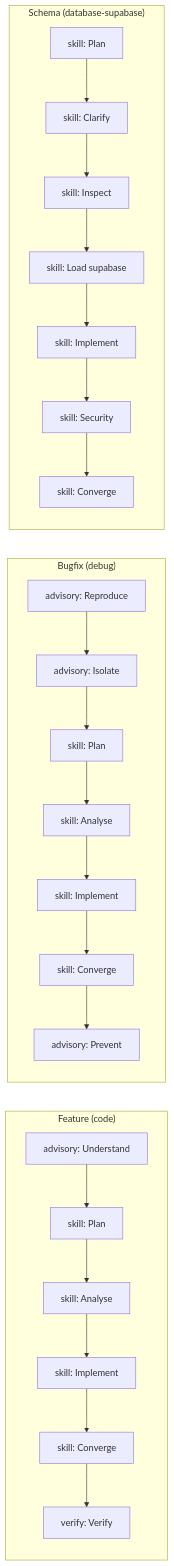
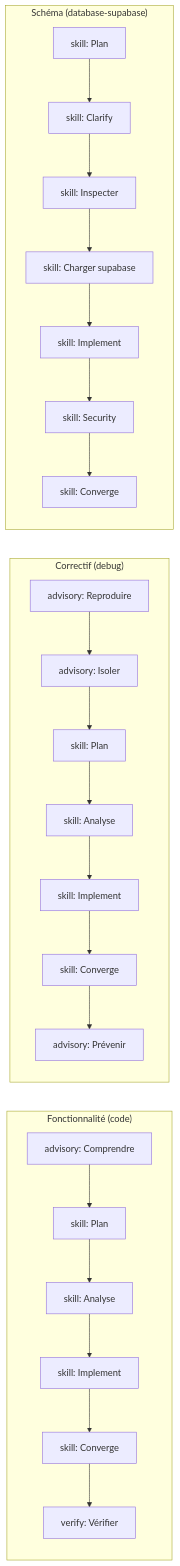
One commit to novahiz/novahiz changed the third of 4 diagrams in README.md. Above: the diagram before and after it, drawn with Mermaid. The commit also changed other lines of this file and 1 other file, not shown here.

````diff
--- a/README.md
+++ b/README.md
@@ -183,28 +183,28 @@
 ```mermaid
 flowchart LR
-    subgraph "Feature (code)"
-        A1[advisory: Understand] --> A2[skill: Plan]
+    subgraph "Fonctionnalité (code)"
+        A1[advisory: Comprendre] --> A2[skill: Plan]
         A2 --> A3[skill: Analyse]
         A3 --> A4[skill: Implement]
         A4 --> A5[skill: Converge]
-        A5 --> A6[verify: Verify]
+        A5 --> A6[verify: Vérifier]
     end
     
-    subgraph "Bugfix (debug)"
-        B1[advisory: Reproduce] --> B2[advisory: Isolate]
+    subgraph "Correctif (debug)"
+        B1[advisory: Reproduire] --> B2[advisory: Isoler]
         B2 --> B3[skill: Plan]
         B3 --> B4[skill: Analyse]
         B4 --> B5[skill: Implement]
         B5 --> B6[skill: Converge]
-        B6 --> B7[advisory: Prevent]
+        B6 --> B7[advisory: Prévenir]
     end
     
-    subgraph "Schema (database-supabase)"
+    subgraph "Schéma (database-supabase)"
         C1[skill: Plan] --> C2[skill: Clarify]
-        C2 --> C3[skill: Inspect]
-        C3 --> C4[skill: Load supabase]
+        C2 --> C3[skill: Inspecter]
+        C3 --> C4[skill: Charger supabase]
         C4 --> C5[skill: Implement]
         C5 --> C6[skill: Security]
         C6 --> C7[skill: Converge]
     end
 ```
````
